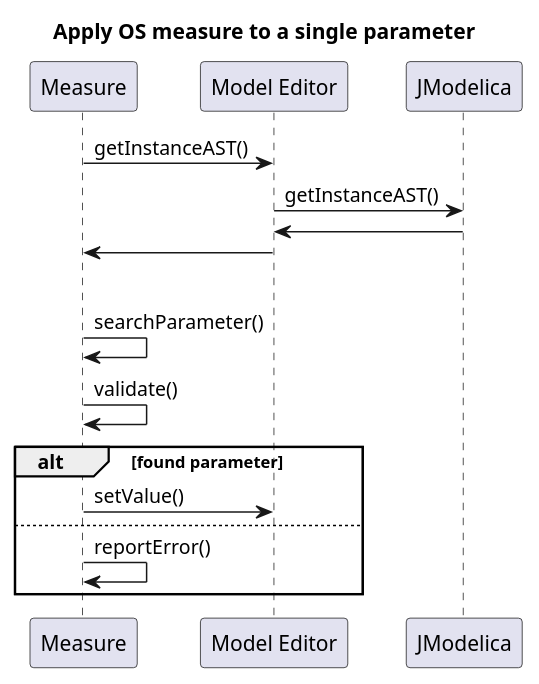
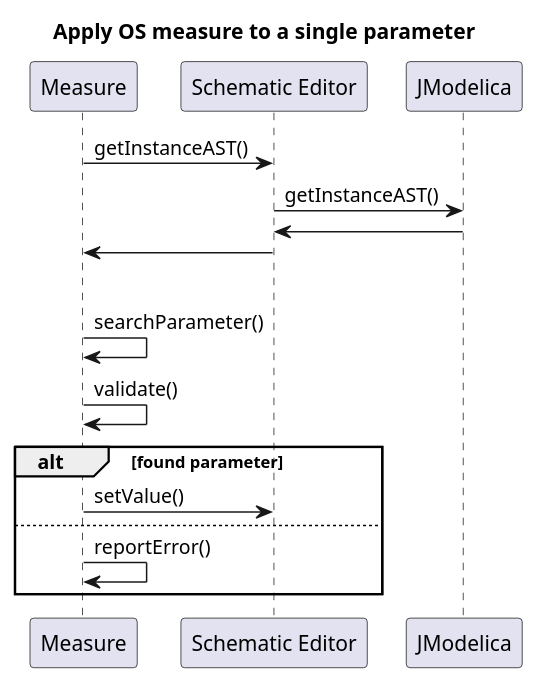
The third of 4 diagrams in doc-design/source/useCases.rst (lbl-srg/soep), drawn with PlantUML before and after one commit. The commit also changed other lines of this file and 37 other files, not shown here.

Commit message:
Revised use cases and software architecture

```diff
--- a/doc-design/source/useCases.rst
+++ b/doc-design/source/useCases.rst
@@ -93,17 +339,17 @@
 .. uml::
    :caption: Applying an OS measure to a single parameter.
 
    title Apply OS measure to a single parameter
 
-   Measure -> "Model Editor": getInstanceAST()
-   "Model Editor" -> JModelica: getInstanceAST()
-   "Model Editor" <- JModelica
-   Measure <- "Model Editor"
+   Measure -> "Schematic Editor": getInstanceAST()
+   "Schematic Editor" -> JModelica: getInstanceAST()
+   "Schematic Editor" <- JModelica
+   Measure <- "Schematic Editor"
    |||
    Measure -> Measure: searchParameter()
    Measure -> Measure: validate()
    alt found parameter
-     Measure -> "Model Editor": setValue()
+     Measure -> "Schematic Editor": setValue()
    else
      Measure -> Measure: reportError()
    end
```
